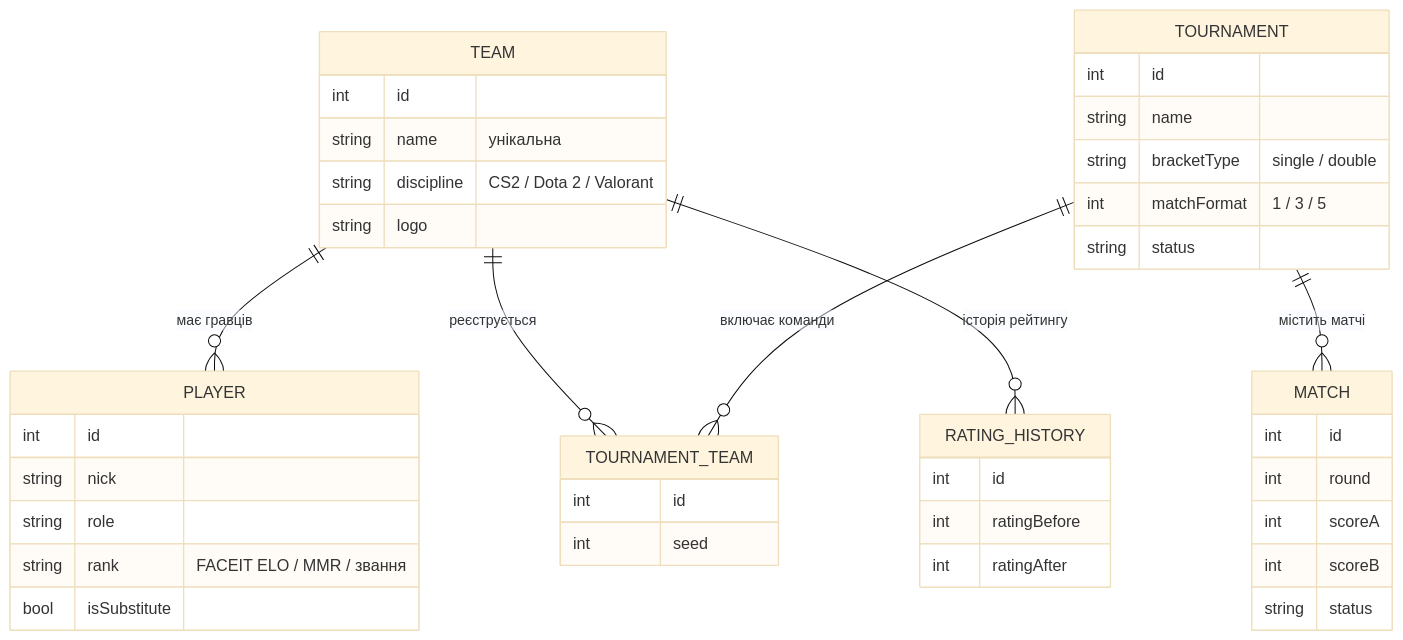
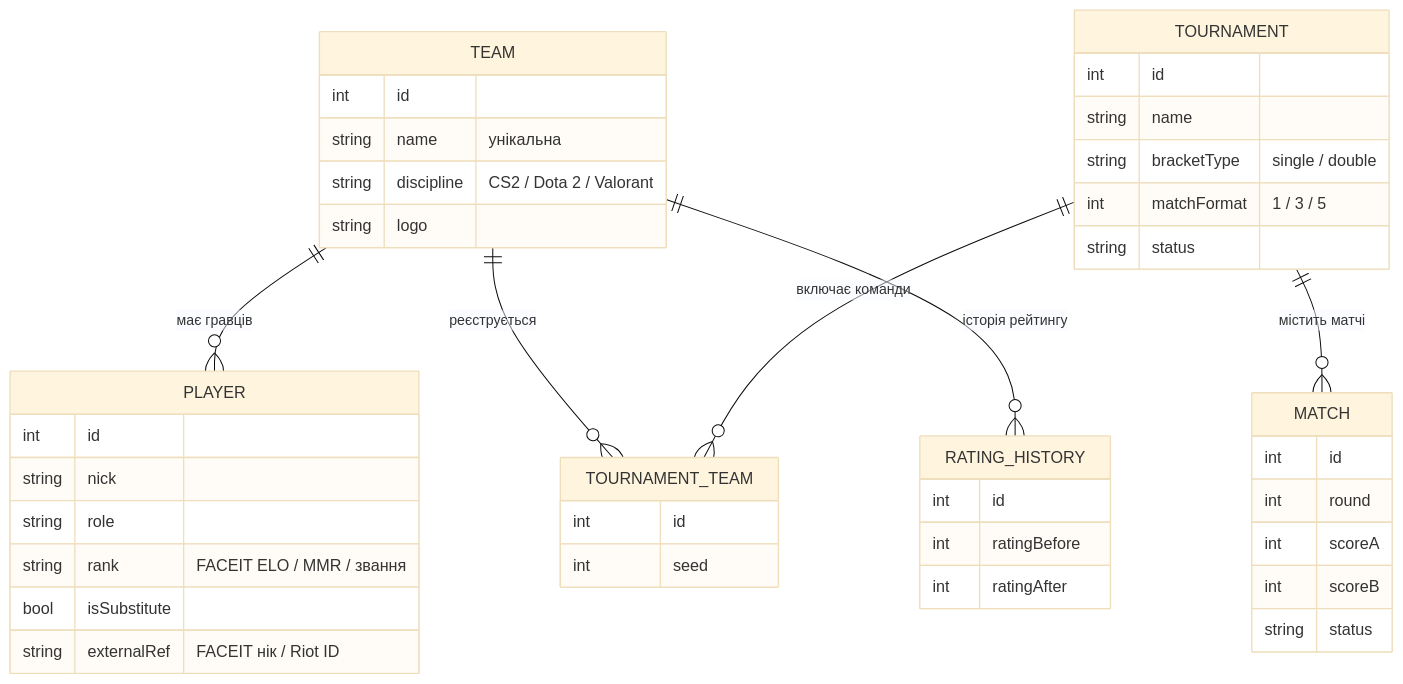
Before and after one commit to zelonka228/tourney-platform: the second of 2 diagrams in README.md, drawn with Mermaid (base theme). The commit also changed other lines of this file and 1 other file, not shown here.

````diff
--- a/README.md
+++ b/README.md
@@ -132,45 +141,46 @@
 ```mermaid
 erDiagram
     TEAM ||--o{ PLAYER : "має гравців"
     TEAM ||--o{ TOURNAMENT_TEAM : "реєструється"
     TEAM ||--o{ RATING_HISTORY : "історія рейтингу"
     TOURNAMENT ||--o{ TOURNAMENT_TEAM : "включає команди"
     TOURNAMENT ||--o{ MATCH : "містить матчі"
 
     TEAM {
         int id
         string name "унікальна"
         string discipline "CS2 / Dota 2 / Valorant"
         string logo
     }
     PLAYER {
         int id
         string nick
         string role
         string rank "FACEIT ELO / MMR / звання"
         bool isSubstitute
+        string externalRef "FACEIT нік / Riot ID"
     }
     TOURNAMENT {
         int id
         string name
         string bracketType "single / double"
         int matchFormat "1 / 3 / 5"
         string status
     }
     TOURNAMENT_TEAM {
         int id
         int seed
     }
     MATCH {
         int id
         int round
         int scoreA
         int scoreB
         string status
     }
     RATING_HISTORY {
         int id
         int ratingBefore
         int ratingAfter
     }
 ```
````
